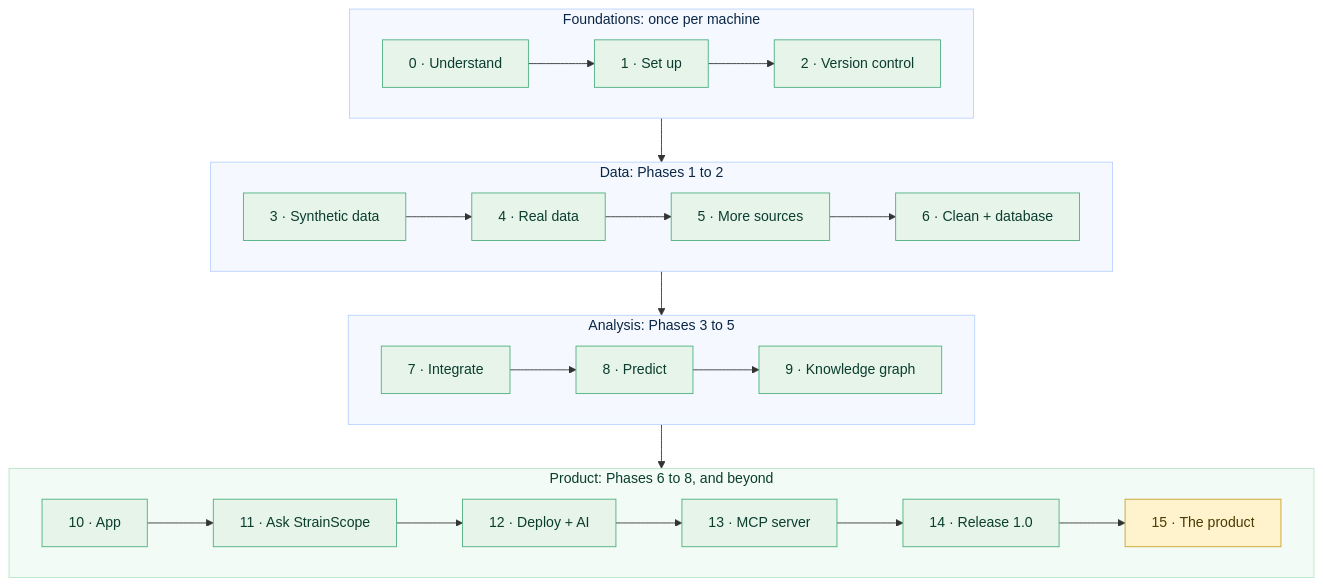
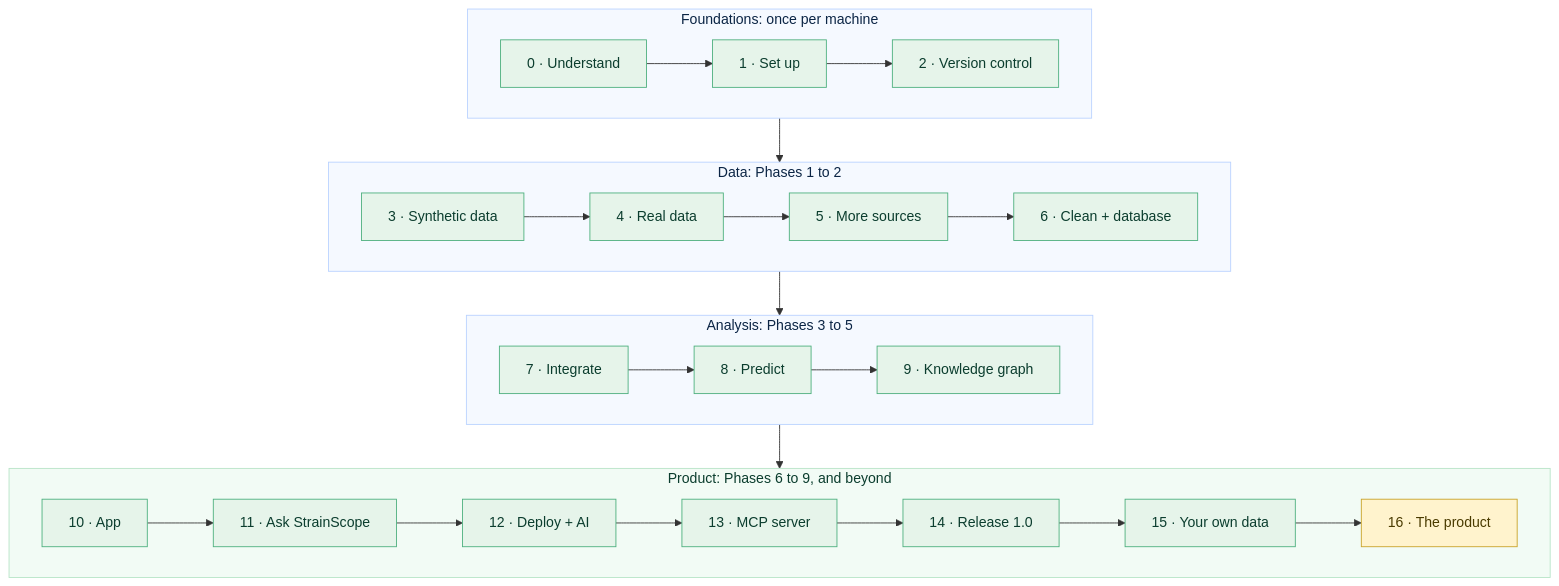
Before and after one commit to akannan2987/strainscope: the first of 4 diagrams in docs/HANDBOOK.md, drawn with Mermaid. The commit also changed other lines of this file and 84 other files, not shown here.

Commit message:
feat: the whole workflow in the app, on your own data: datasets, checks, the Workflow page

````diff
--- a/docs/HANDBOOK.md
+++ b/docs/HANDBOOK.md
@@ -44,30 +44,30 @@
 ```mermaid
 flowchart TB
     subgraph FOUND["Foundations: once per machine"]
         direction LR
         S0["0 · Understand"] --> S1["1 · Set up"] --> S2["2 · Version control"]
     end
     subgraph DATA["Data: Phases 1 to 2"]
         direction LR
         S3["3 · Synthetic data"] --> S4["4 · Real data"] --> S5["5 · More sources"] --> S6["6 · Clean + database"]
     end
     subgraph ANALYSIS["Analysis: Phases 3 to 5"]
         direction LR
         S7["7 · Integrate"] --> S8["8 · Predict"] --> S9["9 · Knowledge graph"]
     end
-    subgraph PRODUCT["Product: Phases 6 to 8, and beyond"]
+    subgraph PRODUCT["Product: Phases 6 to 9, and beyond"]
         direction LR
-        S10["10 · App"] --> S11["11 · Ask StrainScope"] --> S12["12 · Deploy + AI"] --> S13["13 · MCP server"] --> S14["14 · Release 1.0"] --> S15["15 · The product"]
+        S10["10 · App"] --> S11["11 · Ask StrainScope"] --> S12["12 · Deploy + AI"] --> S13["13 · MCP server"] --> S14["14 · Release 1.0"] --> S15["15 · Your own data"] --> S16["16 · The product"]
     end
     FOUND --> DATA --> ANALYSIS --> PRODUCT
 
     classDef done fill:#E6F4EA,stroke:#4CAF7D,color:#0B3D2E;
     classDef next fill:#FFF3CD,stroke:#C9A227,color:#4A3B00;
     classDef later fill:#F5F5F5,stroke:#B0B0B0,color:#555555,stroke-dasharray:4 3;
-    class S0,S1,S2,S3,S4,S5,S6,S7,S8,S9,S10,S11,S12,S13,S14 done
-    class S15 next
+    class S0,S1,S2,S3,S4,S5,S6,S7,S8,S9,S10,S11,S12,S13,S14,S15 done
+    class S16 next
     style FOUND fill:#F5F9FF,stroke:#B9D2FF,color:#0B2545
     style DATA fill:#F5F9FF,stroke:#B9D2FF,color:#0B2545
     style ANALYSIS fill:#F5F9FF,stroke:#B9D2FF,color:#0B2545
     style PRODUCT fill:#F2FBF5,stroke:#B7E4C7,color:#0B3D2E
 ```
````
